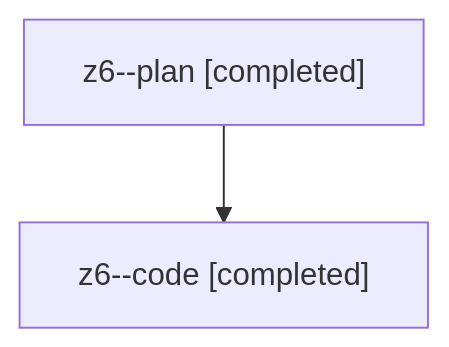
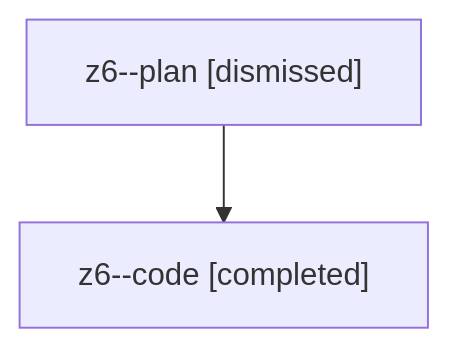
One commit to sase-org/sase--agents changed the diagram in families/bbugyi200.athena.z6.md. Above: the diagram before and after it, drawn with Mermaid. The commit also changed other lines of this file and 1178 other files, not shown here.

````diff
--- a/families/bbugyi200.athena.z6.md
+++ b/families/bbugyi200.athena.z6.md
@@ -9,6 +9,6 @@
 ```mermaid
 flowchart TD
-  n0["z6--plan [completed]"]
+  n0["z6--plan [dismissed]"]
   n1["z6--code [completed]"]
   n0 --> n1
 ```
````
